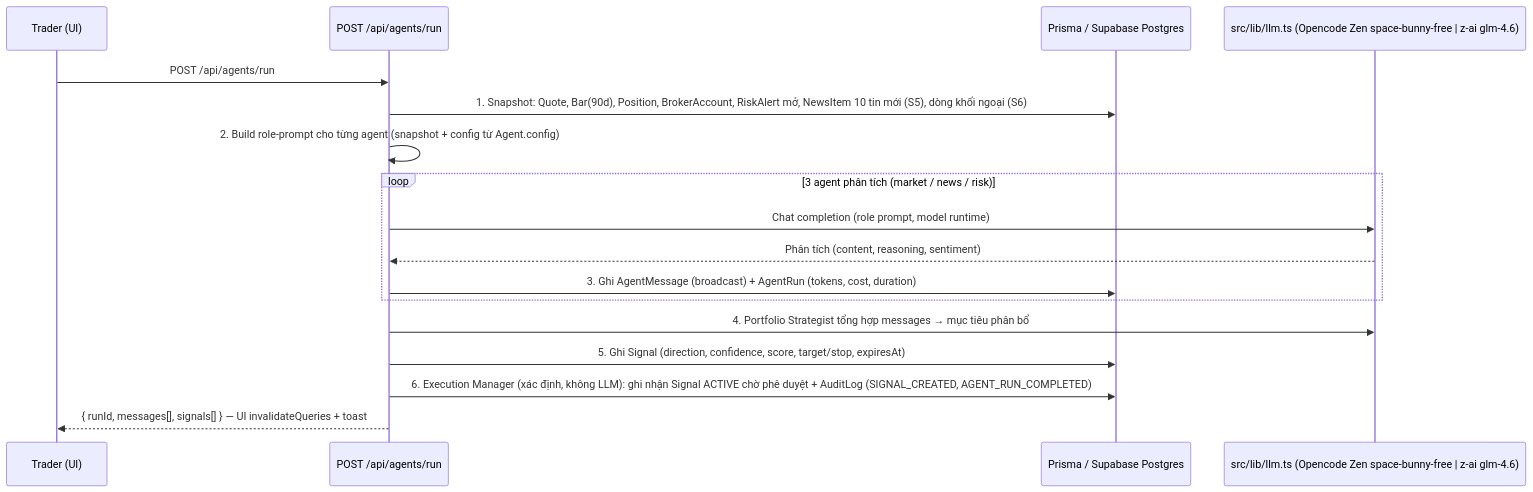
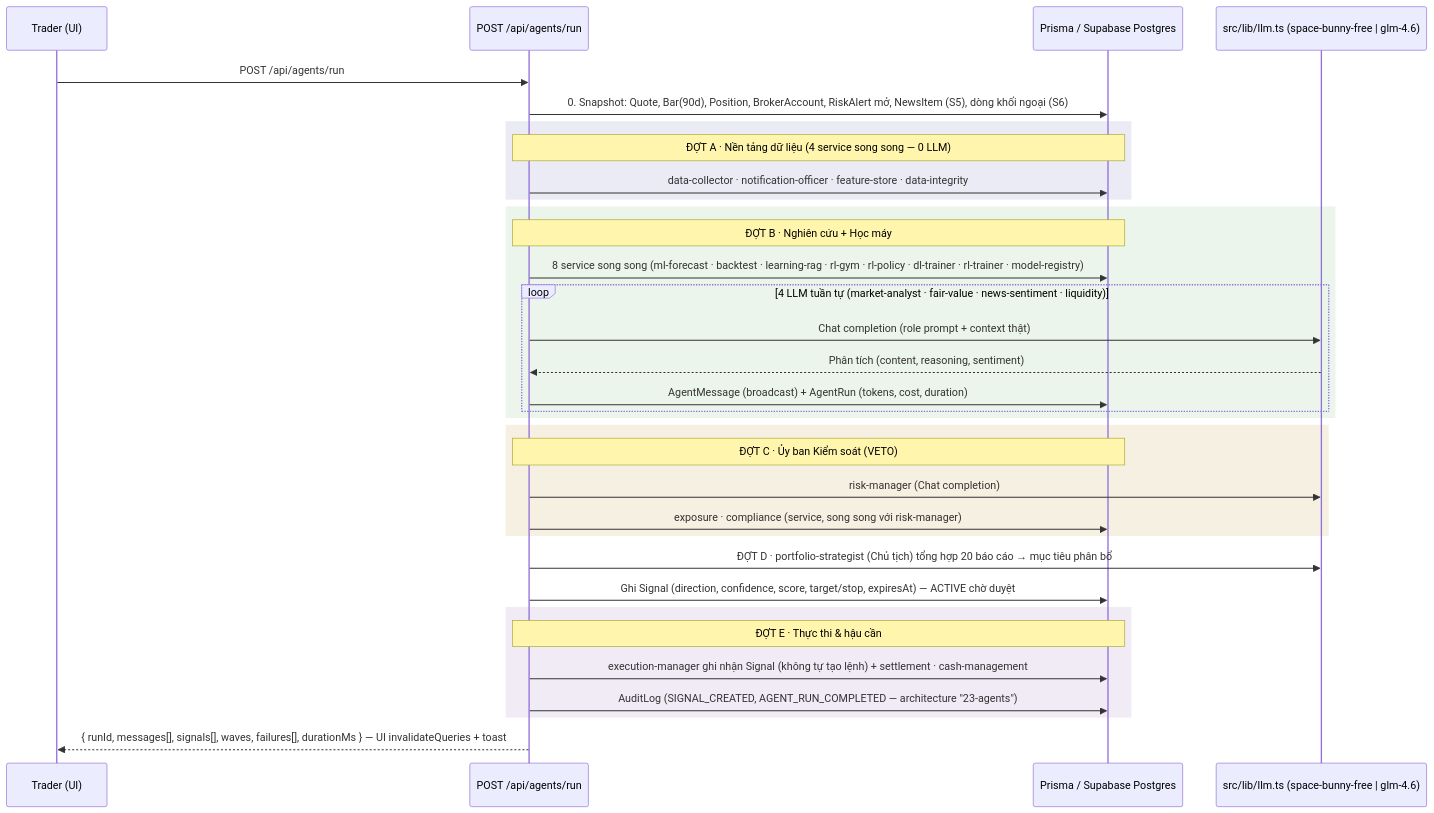
One commit to nguyenquocviety2c-code/THE-TRADER changed the second of 2 diagrams in docs/TECHNICAL_BLUEPRINT.md. Above: the diagram before and after it, drawn with Mermaid. The commit also changed other lines of this file and 22 other files, not shown here.

First line of the commit message:
feat(23-agents): mở rộng kiến trúc 5→23 agents + Space Bunny Free làm backbone toàn đội

````diff
--- a/docs/TECHNICAL_BLUEPRINT.md
+++ b/docs/TECHNICAL_BLUEPRINT.md
@@ -186,20 +190,36 @@
 ```mermaid
 sequenceDiagram
     participant U as Trader (UI)
     participant API as POST /api/agents/run
     participant DB as Prisma / Supabase Postgres
-    participant LLM as src/lib/llm.ts (Opencode Zen space-bunny-free | z-ai glm-4.6)
+    participant LLM as src/lib/llm.ts (space-bunny-free | glm-4.6)
 
     U->>API: POST /api/agents/run
-    API->>DB: 1. Snapshot: Quote, Bar(90d), Position, BrokerAccount, RiskAlert mở, NewsItem 10 tin mới (S5), dòng khối ngoại (S6)
-    API->>API: 2. Build role-prompt cho từng agent (snapshot + config từ Agent.config)
-    loop 3 agent phân tích (market / news / risk)
-        API->>LLM: Chat completion (role prompt, model runtime)
-        LLM-->>API: Phân tích (content, reasoning, sentiment)
-        API->>DB: 3. Ghi AgentMessage (broadcast) + AgentRun (tokens, cost, duration)
+    API->>DB: 0. Snapshot: Quote, Bar(90d), Position, BrokerAccount, RiskAlert mở, NewsItem (S5), dòng khối ngoại (S6)
+    rect rgb(235, 235, 245)
+        note over API,DB: ĐỢT A · Nền tảng dữ liệu (4 service song song — 0 LLM)
+        API->>DB: data-collector · notification-officer · feature-store · data-integrity
     end
-    API->>LLM: 4. Portfolio Strategist tổng hợp messages → mục tiêu phân bổ
-    API->>DB: 5. Ghi Signal (direction, confidence, score, target/stop, expiresAt)
-    API->>DB: 6. Execution Manager (xác định, không LLM): ghi nhận Signal ACTIVE chờ phê duyệt + AuditLog (SIGNAL_CREATED, AGENT_RUN_COMPLETED)
-    API-->>U: { runId, messages[], signals[] } — UI invalidateQueries + toast
+    rect rgb(235, 245, 235)
+        note over API,DB: ĐỢT B · Nghiên cứu + Học máy
+        API->>DB: 8 service song song (ml-forecast · backtest · learning-rag · rl-gym · rl-policy · dl-trainer · rl-trainer · model-registry)
+        loop 4 LLM tuần tự (market-analyst · fair-value · news-sentiment · liquidity)
+            API->>LLM: Chat completion (role prompt + context thật)
+            LLM-->>API: Phân tích (content, reasoning, sentiment)
+            API->>DB: AgentMessage (broadcast) + AgentRun (tokens, cost, duration)
+        end
+    end
+    rect rgb(245, 240, 225)
+        note over API,DB: ĐỢT C · Ủy ban Kiểm soát (VETO)
+        API->>LLM: risk-manager (Chat completion)
+        API->>DB: exposure · compliance (service, song song với risk-manager)
+    end
+    API->>LLM: ĐỢT D · portfolio-strategist (Chủ tịch) tổng hợp 20 báo cáo → mục tiêu phân bổ
+    API->>DB: Ghi Signal (direction, confidence, score, target/stop, expiresAt) — ACTIVE chờ duyệt
+    rect rgb(240, 235, 245)
+        note over API,DB: ĐỢT E · Thực thi & hậu cần
+        API->>DB: execution-manager ghi nhận Signal (không tự tạo lệnh) + settlement · cash-management
+        API->>DB: AuditLog (SIGNAL_CREATED, AGENT_RUN_COMPLETED — architecture "23-agents")
+    end
+    API-->>U: { runId, messages[], signals[], waves, failures[], durationMs } — UI invalidateQueries + toast
 ```
````
